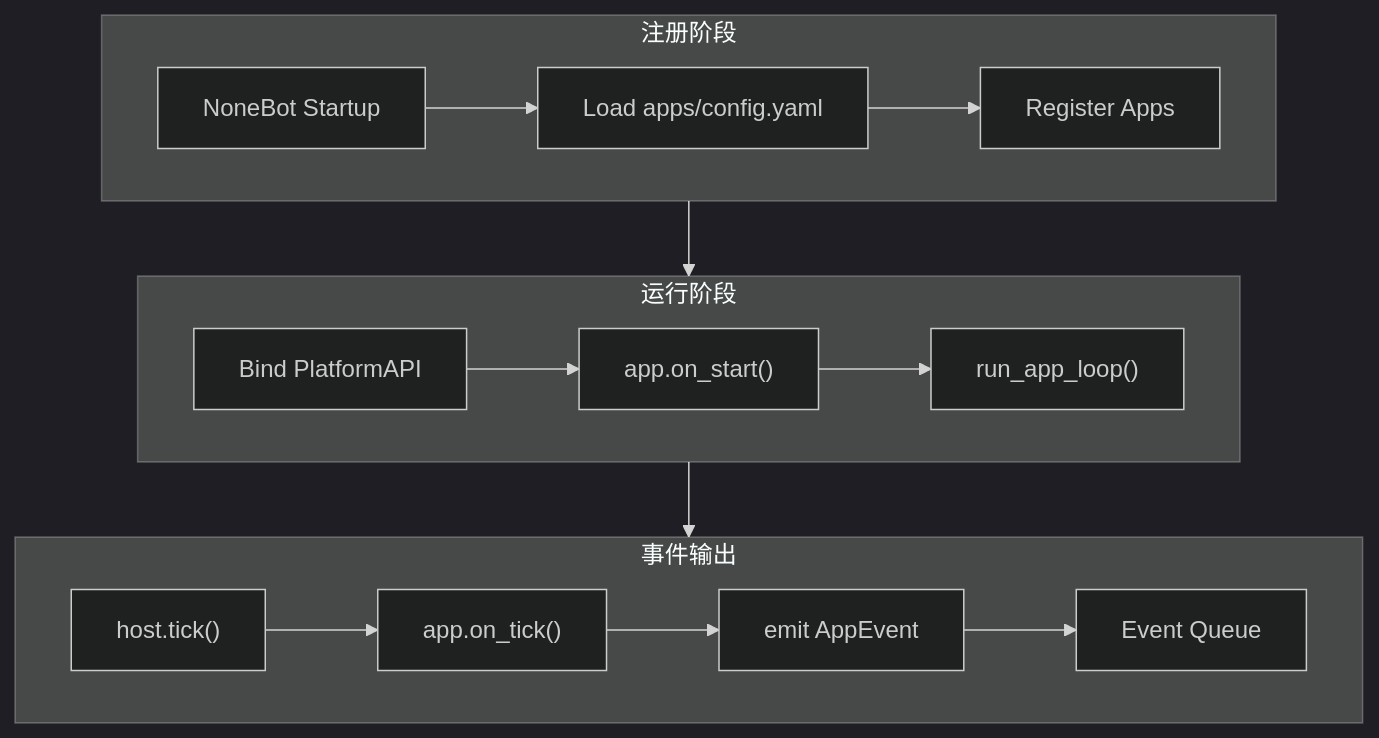
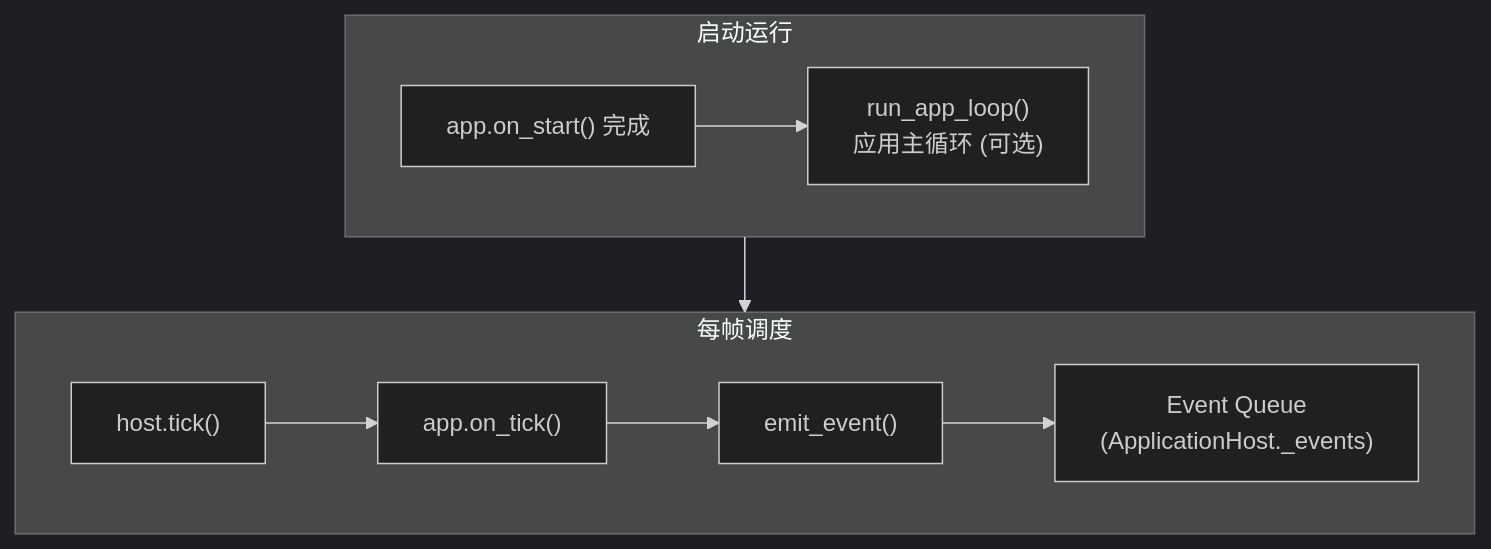
The second of 2 diagrams in architecture/platform-runtime.md (JuFireX/AuroraBot-docs), drawn with Mermaid (dark theme) before and after one commit. The commit also changed other lines of this file and 1 other file, not shown here.

````diff
--- a/architecture/platform-runtime.md
+++ b/architecture/platform-runtime.md
@@ -34,31 +68,19 @@
 ```mermaid
 flowchart TB
-    subgraph ROW1["注册阶段"]
+    subgraph ROW1["启动运行"]
         direction LR
-        START["NoneBot Startup"]
-        LOADCFG["Load apps/config.yaml"]
-        REGISTER["Register Apps"]
+        ONSTART["app.on_start() 完成"]
+        LOOP["run_app_loop()<br/>应用主循环 (可选)"]
     end
 
-    subgraph ROW2["运行阶段"]
-        direction LR
-        BIND["Bind PlatformAPI"]
-        APPSTART["app.on_start()"]
-        LOOP["run_app_loop()"]
-    end
-
-    subgraph ROW3["事件输出"]
+    subgraph ROW2["每帧调度"]
         direction LR
         TICK["host.tick()"]
         APPTICK["app.on_tick()"]
-        EMIT["emit AppEvent"]
-        QUEUE["Event Queue"]
+        EMIT["emit_event()"]
+        QUEUE["Event Queue<br/>(ApplicationHost._events)"]
     end
 
-    START --> LOADCFG
-    LOADCFG --> REGISTER
-    REGISTER --> BIND
-    BIND --> APPSTART --> LOOP
-    LOOP --> TICK
-    TICK --> APPTICK --> EMIT --> QUEUE
+    ONSTART --> LOOP
+    LOOP --> TICK --> APPTICK --> EMIT --> QUEUE
 ```
````
